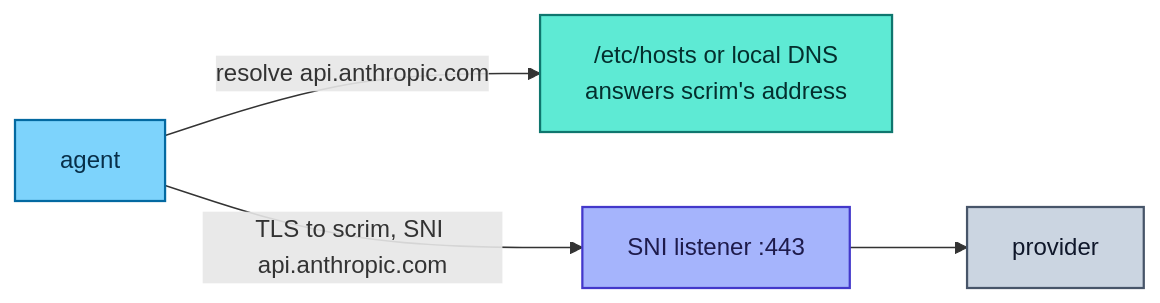
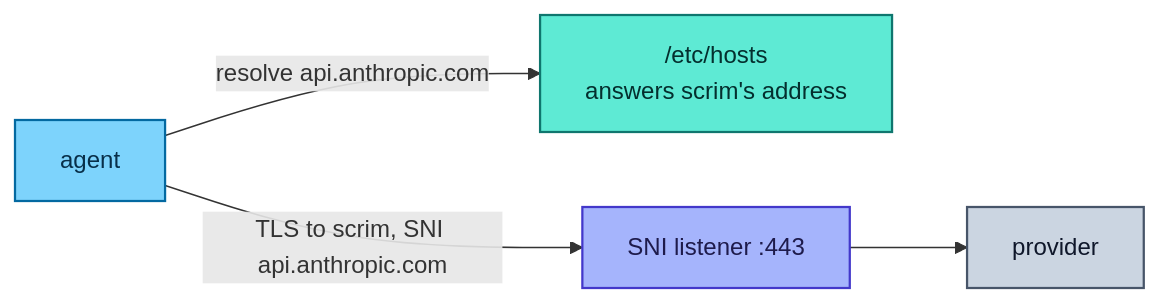
The fifth of 9 diagrams in docs/interception.md (Heliopsy/scrim), drawn with Mermaid before and after one commit. The commit also changed other lines of this file and 43 other files, not shown here.

````diff
--- a/docs/interception.md
+++ b/docs/interception.md
@@ -436,14 +493,14 @@
 ```mermaid
 flowchart LR
-  agent["agent"] -- "resolve api.anthropic.com" --> dns["/etc/hosts or local DNS<br>answers scrim's address"]
+  agent["agent"] -- "resolve api.anthropic.com" --> dns["/etc/hosts<br>answers scrim's address"]
   agent -- "TLS to scrim, SNI api.anthropic.com" --> tl["SNI listener :443"]
   tl --> prov["provider"]
   classDef agent fill:#7dd3fc,stroke:#0369a1,stroke-width:1.5px,color:#082f49
   classDef dplane fill:#a5b4fc,stroke:#4338ca,stroke-width:1.5px,color:#1e1b4b
   classDef ext fill:#cbd5e1,stroke:#475569,stroke-width:1.5px,color:#0f172a
   classDef enforce fill:#5eead4,stroke:#0f766e,stroke-width:1.5px,color:#042f2e
   class agent agent
   class dns enforce
   class tl dplane
   class prov ext
 ```
````
